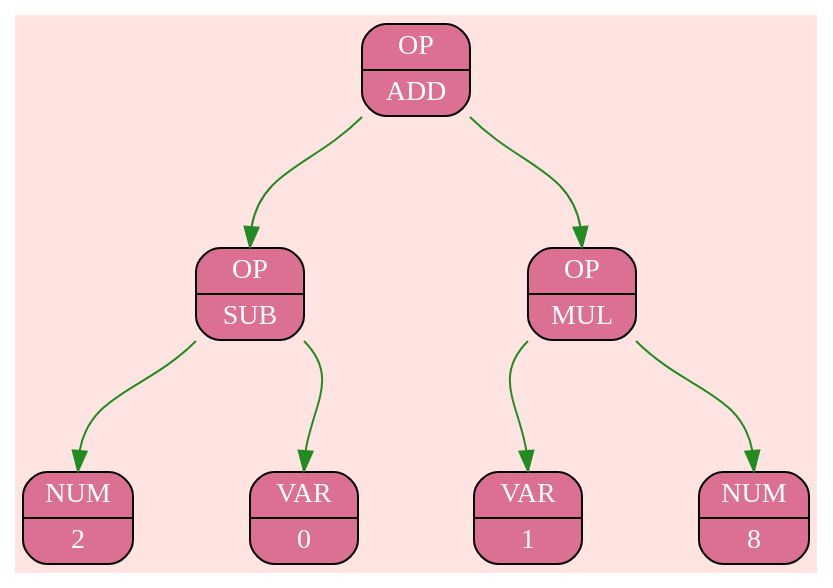
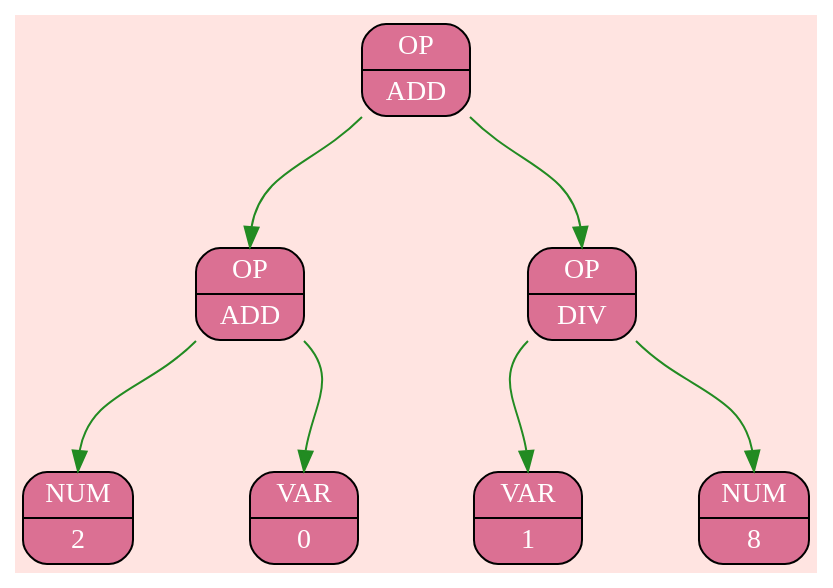
The diagram in Log/pict_0.dot (Shishkin-Vasiliy/Differentiator.Ai), drawn with Graphviz before and after one commit. The commit also changed 11 other files, not shown here.

```diff
--- a/Log/pict_0.dot
+++ b/Log/pict_0.dot
@@ -1,37 +1,37 @@
 digraph {
 bgcolor="#FFE4E1";
 rankdir=TB;
 nodesep=0.8;
 ranksep=0.9;
 node_0x504000000010 [shape=Mrecord; style=filled; fillcolor="#DB7093"; fontcolor="#FFFFFF";
        label="  { OP | ADD }"];
 { rank=source; node_0x504000000010 };
 node_0x504000000050 [shape=Mrecord; style=filled; fillcolor="#DB7093"; fontcolor="#FFFFFF";
-       label="  { OP | SUB }"];
+       label="  { OP | ADD }"];
 node_0x504000000090 [shape=Mrecord; style=filled; fillcolor="#DB7093"; fontcolor="#FFFFFF";
        label="  { NUM | 2 }"];
 { rank=sink; node_0x504000000090 };
 edge [color="#FFFFFF"];
 node_0x504000000050:sw -> node_0x504000000090:n [color="#228B22"]
 ;node_0x5040000000d0 [shape=Mrecord; style=filled; fillcolor="#DB7093"; fontcolor="#FFFFFF";
        label="  { VAR | 0 }"];
 { rank=sink; node_0x5040000000d0 };
 edge [color="#FFFFFF"];
 node_0x504000000050:se -> node_0x5040000000d0:n [color="#228B22"]
 ;edge [color="#FFFFFF"];
 node_0x504000000010:sw -> node_0x504000000050:n [color="#228B22"]
 ;node_0x504000000110 [shape=Mrecord; style=filled; fillcolor="#DB7093"; fontcolor="#FFFFFF";
-       label="  { OP | MUL }"];
+       label="  { OP | DIV }"];
 node_0x504000000150 [shape=Mrecord; style=filled; fillcolor="#DB7093"; fontcolor="#FFFFFF";
        label="  { VAR | 1 }"];
 { rank=sink; node_0x504000000150 };
 edge [color="#FFFFFF"];
 node_0x504000000110:sw -> node_0x504000000150:n [color="#228B22"]
 ;node_0x504000000190 [shape=Mrecord; style=filled; fillcolor="#DB7093"; fontcolor="#FFFFFF";
        label="  { NUM | 8 }"];
 { rank=sink; node_0x504000000190 };
 edge [color="#FFFFFF"];
 node_0x504000000110:se -> node_0x504000000190:n [color="#228B22"]
 ;edge [color="#FFFFFF"];
 node_0x504000000010:se -> node_0x504000000110:n [color="#228B22"]
 ;}
```
